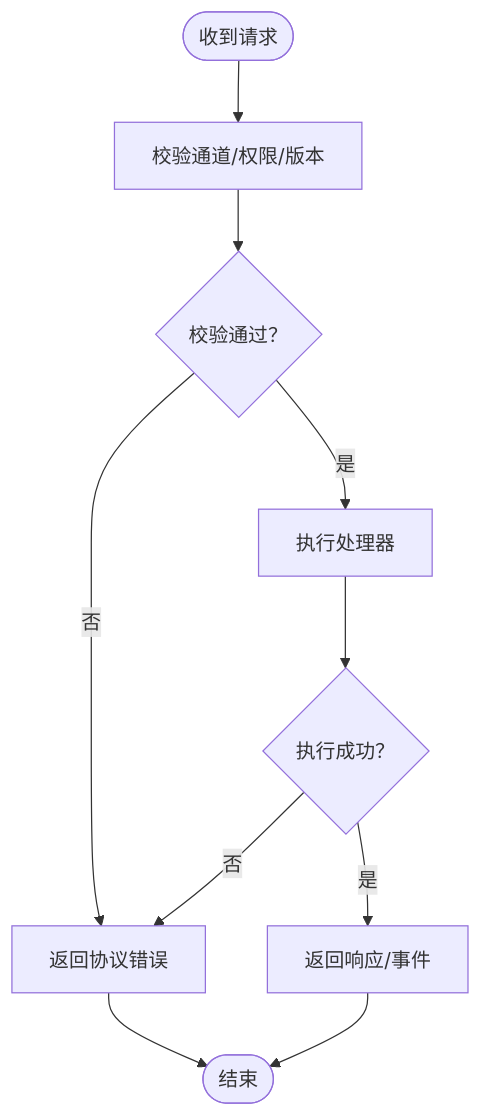
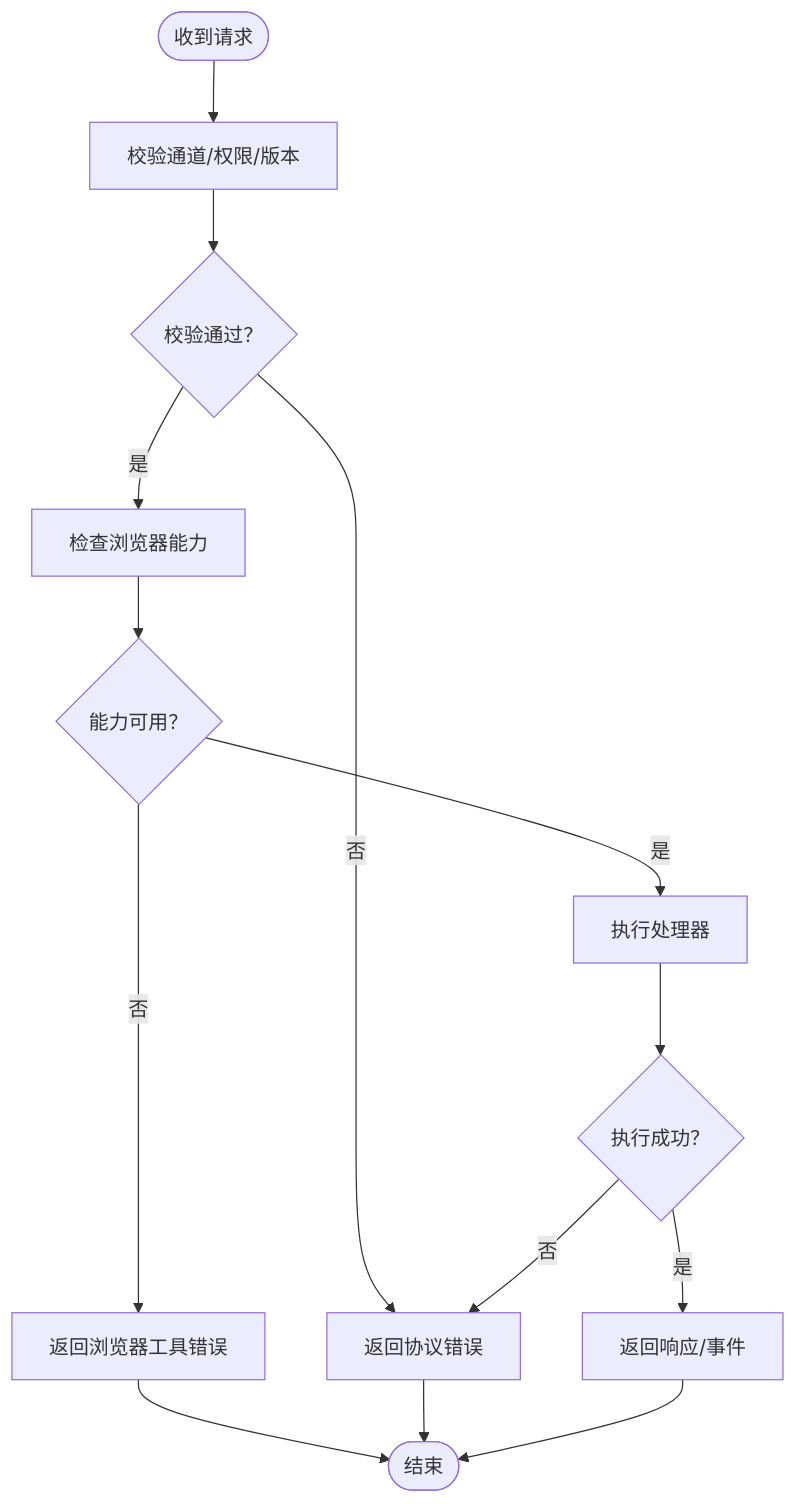
Before and after one commit to haolange/craft-agents-oss: the ninth of 11 diagrams in .qoder/repowiki/zh/content/服务器架构/服务器核心/服务器核心.md, drawn with Mermaid. The commit also changed other lines of this file and 5 other files, not shown here.

````diff
--- a/.qoder/repowiki/zh/content/服务器架构/服务器核心/服务器核心.md
+++ b/.qoder/repowiki/zh/content/服务器架构/服务器核心/服务器核心.md
@@ -322,12 +395,16 @@
 ```mermaid
 flowchart TD
 Start(["收到请求"]) --> Validate["校验通道/权限/版本"]
 Validate --> Ok{"校验通过？"}
 Ok --> |否| Err["返回协议错误"]
-Ok --> |是| Exec["执行处理器"]
+Ok --> |是| RBPMCheck["检查浏览器能力"]
+RBPMCheck --> RBPMOk{"能力可用？"}
+RBPMOk --> |否| RBPMErr["返回浏览器工具错误"]
+RBPMOk --> |是| Exec["执行处理器"]
 Exec --> Done{"执行成功？"}
 Done --> |否| Err
 Done --> |是| Resp["返回响应/事件"]
-Err --> End(["结束"])
+RBPMErr --> End(["结束"])
+Err --> End
 Resp --> End
 ```
````
